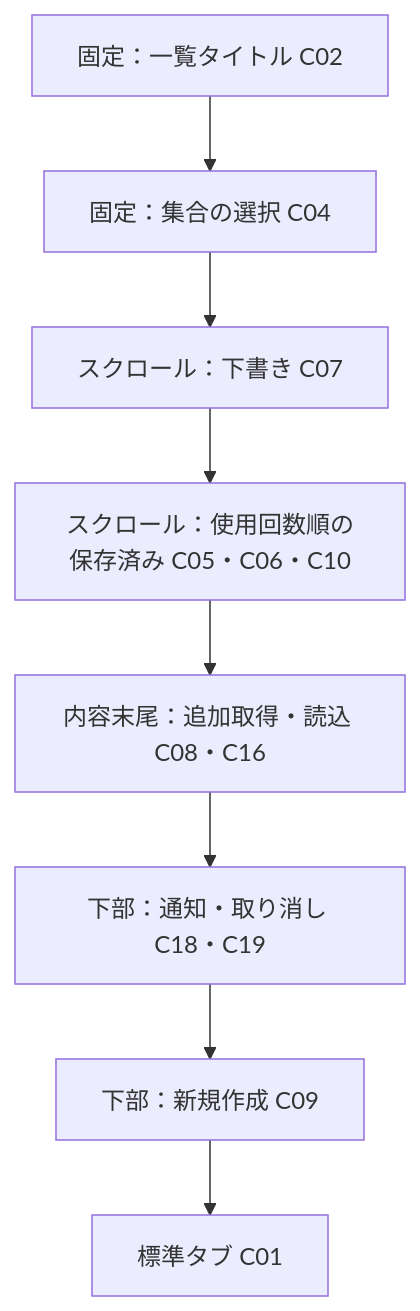
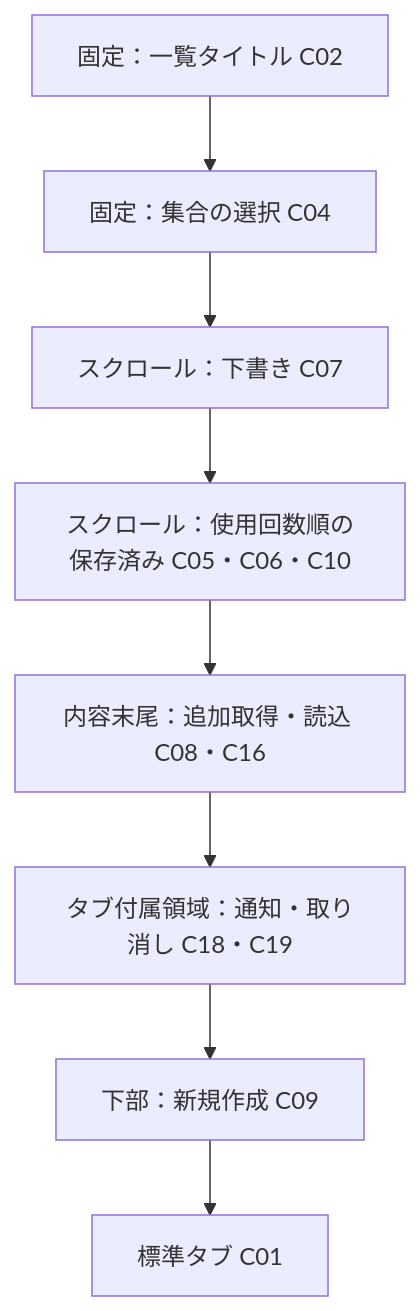
One commit to 9uiLe/nibble changed the second of 4 diagrams in docs/design/screens.md. Above: the diagram before and after it, drawn with Mermaid. The commit also changed other lines of this file and 14 other files, not shown here.

````diff
--- a/docs/design/screens.md
+++ b/docs/design/screens.md
@@ -35,10 +35,10 @@
 ```mermaid
 flowchart TB
     H[固定：一覧タイトル C02] --> F[固定：集合の選択 C04]
     F --> D[スクロール：下書き C07]
     D --> O[スクロール：使用回数順の保存済み C05・C06・C10]
     O --> M[内容末尾：追加取得・読込 C08・C16]
-    M --> N[下部：通知・取り消し C18・C19]
+    M --> N[タブ付属領域：通知・取り消し C18・C19]
     N --> C[下部：新規作成 C09]
     C --> T[標準タブ C01]
 ```
````
